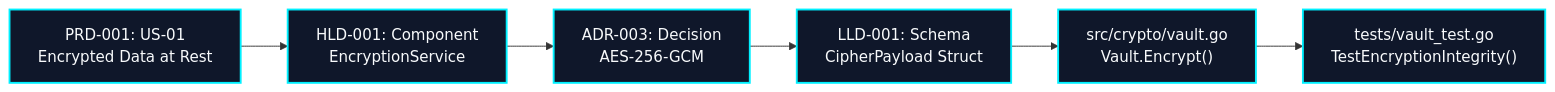
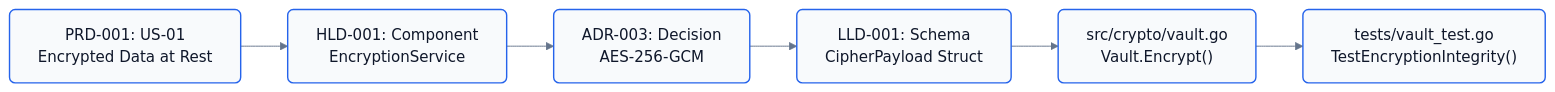
One commit to seismael/GenOps changed the seventh of 8 diagrams in docs/guides/USE_CASES_AND_WORKFLOWS.md. Above: the diagram before and after it, drawn with Mermaid. The commit also changed other lines of this file and 2 other files, not shown here.

Commit message:
docs: establish ContextOps architecture with RFC-001 and documentation for usage workflows and project overview.

````diff
--- a/docs/guides/USE_CASES_AND_WORKFLOWS.md
+++ b/docs/guides/USE_CASES_AND_WORKFLOWS.md
@@ -219,11 +231,12 @@
 ```mermaid
+%%{init: {'theme': 'base', 'themeVariables': { 'fontFamily': 'Inter, system-ui, sans-serif', 'lineColor': '#64748b', 'primaryTextColor': '#0f172a' }}}%%
 flowchart LR
     REQ["PRD-001: US-01<br/>Encrypted Data at Rest"] --> COMP["HLD-001: Component<br/>EncryptionService"]
     COMP --> ADR["ADR-003: Decision<br/>AES-256-GCM"]
     ADR --> ENT["LLD-001: Schema<br/>CipherPayload Struct"]
     ENT --> CODE["src/crypto/vault.go<br/>Vault.Encrypt()"]
     CODE --> TEST["tests/vault_test.go<br/>TestEncryptionIntegrity()"]
 
-    classDef rtmNode fill:#0f172a,stroke:#00f0ff,stroke-width:2px,color:#f8fafc;
+    classDef rtmNode fill:#f8fafc,stroke:#2563eb,stroke-width:1.5px,color:#0f172a,rx:6px,ry:6px;
     class REQ,COMP,ADR,ENT,CODE,TEST rtmNode;
 ```
````
